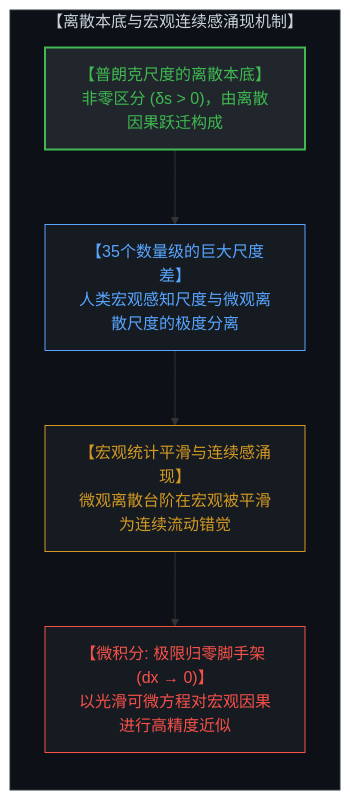
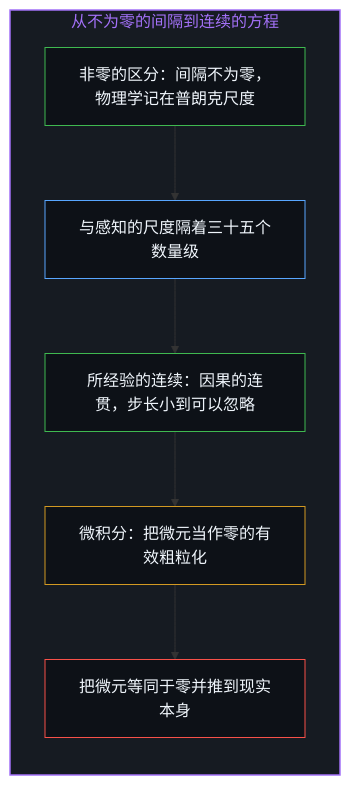
The fifth of 12 diagrams in content/posts/the-illusion-of-the-tool-and-the-inversion-of-time.md (powerpig99/not-a-toe), drawn with Mermaid before and after one commit. The commit also changed other lines of this file and 2 other files, not shown here.

Commit message:
Refine the-illusion-of-the-tool: alternating bilingual layout, six paired diagrams, continuity as the coherence of causality, implicit first person

````diff
--- a/content/posts/the-illusion-of-the-tool-and-the-inversion-of-time.md
+++ b/content/posts/the-illusion-of-the-tool-and-the-inversion-of-time.md
@@ -138,18 +127,22 @@
 ```mermaid
-graph TD
-    subgraph DiscreteToContinuous["【离散本底与宏观连续感涌现机制】"]
+flowchart TD
+    subgraph S_Smooth["从不为零的间隔到连续的方程"]
         direction TB
-        PlanckDiscreteness["【普朗克尺度的离散本底】<br>非零区分 (δs > 0)，由离散因果跃迁构成"]
-        ScaleDifference["【35个数量级的巨大尺度差】<br>人类宏观感知尺度与微观离散尺度的极度分离"]
-        StatisticalSmoothing["【宏观统计平滑与连续感涌现】<br>微观离散台阶在宏观被平滑为连续流动错觉"]
-        CalculusScaffolding["【微积分: 极限归零脚手架 (dx → 0)】<br>以光滑可微方程对宏观因果进行高精度近似"]
-        PlanckDiscreteness --> ScaleDifference
-        ScaleDifference --> StatisticalSmoothing
-        StatisticalSmoothing --> CalculusScaffolding
+        Step["非零的区分：间隔不为零，物理学记在普朗克尺度"]
+        Scale["与感知的尺度隔着三十五个数量级"]
+        Coherent["所经验的连续：因果的连贯，步长小到可以忽略"]
+        Calculus["微积分：把微元当作零的有效粗粒化"]
+        Over["把微元等同于零并推到现实本身"]
+        Step --> Scale
+        Scale --> Coherent
+        Coherent --> Calculus
+        Calculus --> Over
     end
-    style DiscreteToContinuous fill:#0d1117,stroke:#30363d,stroke-width:1px,color:#c9d1d9
-    style PlanckDiscreteness fill:#21262d,stroke:#3fb950,stroke-width:2px,color:#3fb950
-    style ScaleDifference fill:#161b22,stroke:#58a6ff,stroke-width:1px,color:#58a6ff
-    style StatisticalSmoothing fill:#161b22,stroke:#d29922,stroke-width:1px,color:#d29922
-    style CalculusScaffolding fill:#161b22,stroke:#f85149,stroke-width:1px,color:#f85149
+
+    style S_Smooth fill:#161b22,stroke:#a371f7,stroke-width:1.5px,color:#a371f7
+    style Step fill:#0d1117,stroke:#3fb950,stroke-width:1px,color:#f0f6fc
+    style Scale fill:#0d1117,stroke:#58a6ff,stroke-width:1px,color:#f0f6fc
+    style Coherent fill:#0d1117,stroke:#3fb950,stroke-width:1px,color:#f0f6fc
+    style Calculus fill:#0d1117,stroke:#d29922,stroke-width:1px,color:#f0f6fc
+    style Over fill:#0d1117,stroke:#f85149,stroke-width:1px,color:#f0f6fc
 ```
````
